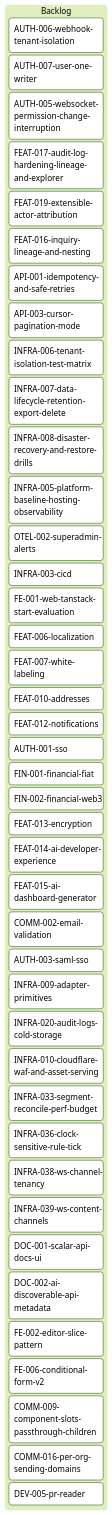
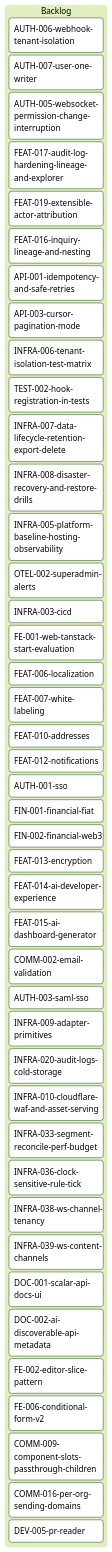
One commit to inixiative/template changed the diagram in tickets/kanban-backlog.md. Above: the diagram before and after it, drawn with Mermaid (forest theme). The commit also changed other lines of this file and 88 other files, not shown here.

````diff
--- a/tickets/kanban-backlog.md
+++ b/tickets/kanban-backlog.md
@@ -3,50 +3,51 @@
 ```mermaid
 ---
 config:
   kanban:
     ticketBaseUrl: 'https://github.com/yourorg/template/blob/main/tickets/#TICKET#'
 ---
 kanban
   Backlog
     AUTH-006-webhook-tenant-isolation
     AUTH-007-user-one-writer
     AUTH-005-websocket-permission-change-interruption
     FEAT-017-audit-log-hardening-lineage-and-explorer
     FEAT-019-extensible-actor-attribution
     FEAT-016-inquiry-lineage-and-nesting
     API-001-idempotency-and-safe-retries
     API-003-cursor-pagination-mode
     INFRA-006-tenant-isolation-test-matrix
+    TEST-002-hook-registration-in-tests
     INFRA-007-data-lifecycle-retention-export-delete
     INFRA-008-disaster-recovery-and-restore-drills
     INFRA-005-platform-baseline-hosting-observability
     OTEL-002-superadmin-alerts
     INFRA-003-cicd
     FE-001-web-tanstack-start-evaluation
     FEAT-006-localization
     FEAT-007-white-labeling
     FEAT-010-addresses
     FEAT-012-notifications
     AUTH-001-sso
     FIN-001-financial-fiat
     FIN-002-financial-web3
     FEAT-013-encryption
     FEAT-014-ai-developer-experience
     FEAT-015-ai-dashboard-generator
     COMM-002-email-validation
     AUTH-003-saml-sso
     INFRA-009-adapter-primitives
     INFRA-020-audit-logs-cold-storage
     INFRA-010-cloudflare-waf-and-asset-serving
     INFRA-033-segment-reconcile-perf-budget
     INFRA-036-clock-sensitive-rule-tick
     INFRA-038-ws-channel-tenancy
     INFRA-039-ws-content-channels
     DOC-001-scalar-api-docs-ui
     DOC-002-ai-discoverable-api-metadata
     FE-002-editor-slice-pattern
     FE-006-conditional-form-v2
     COMM-009-component-slots-passthrough-children
     COMM-016-per-org-sending-domains
     DEV-005-pr-reader
 ```
````
